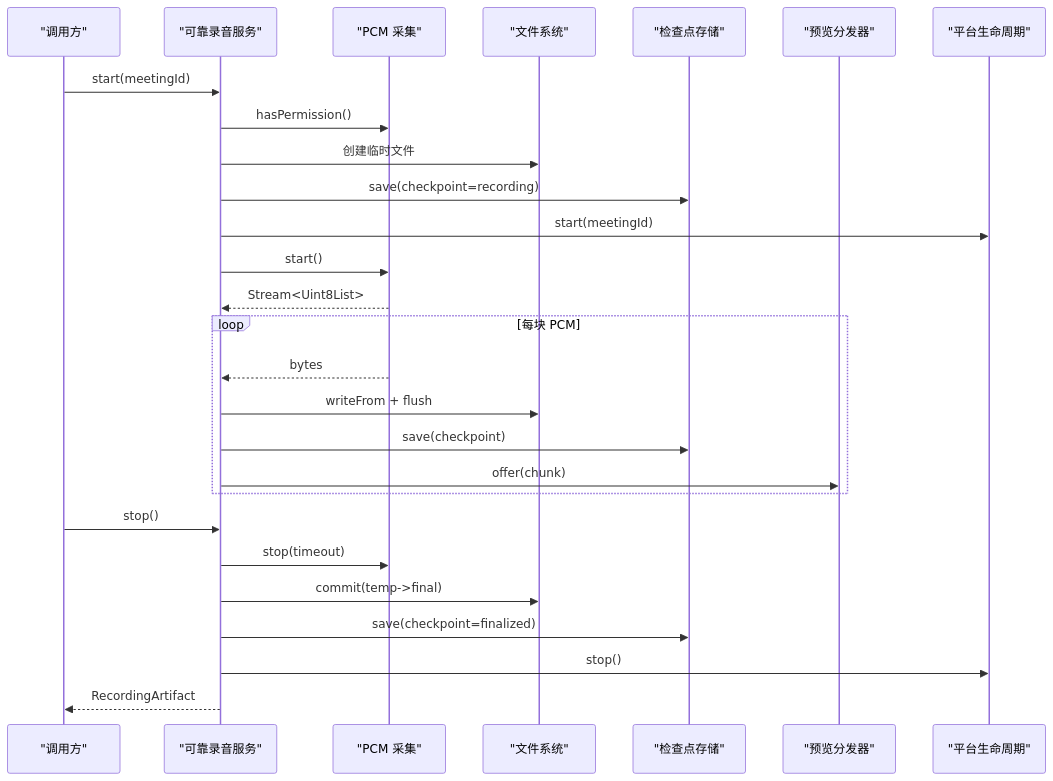
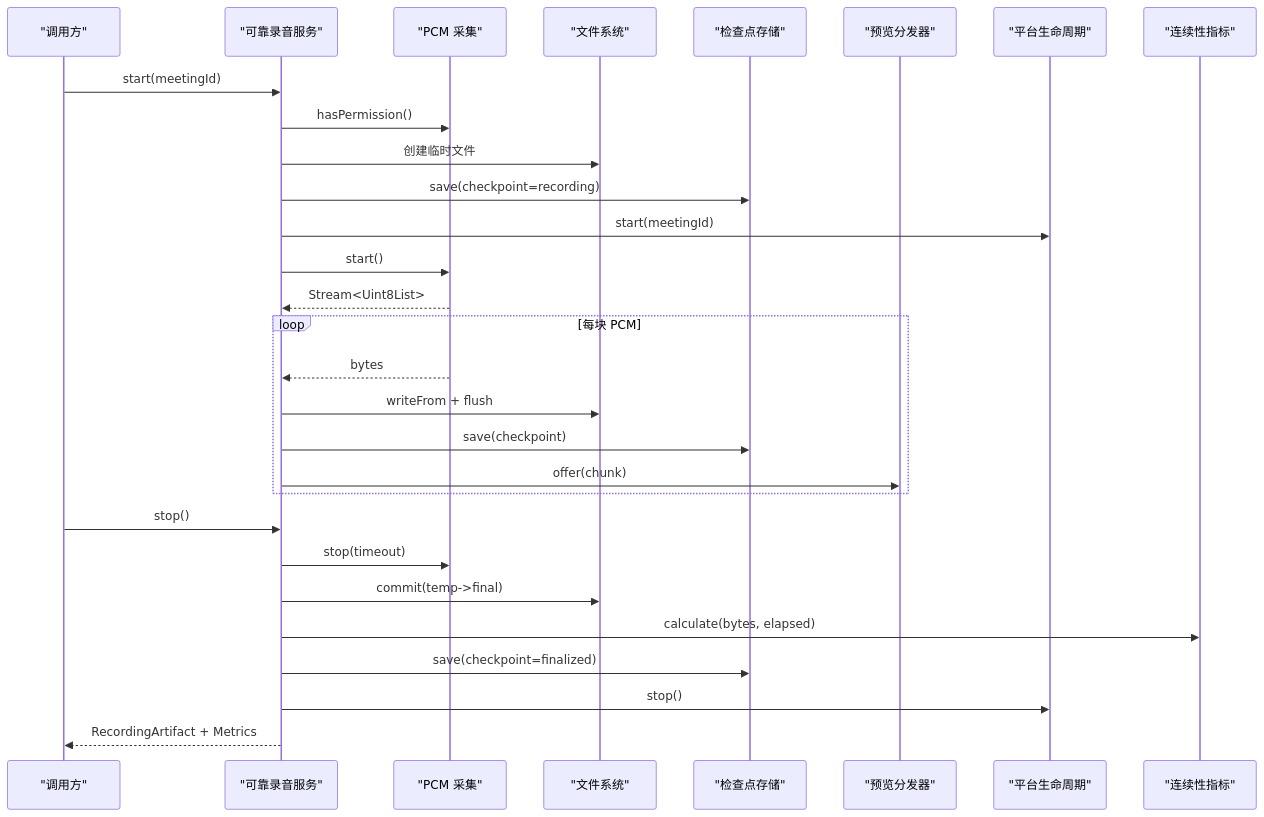
Before and after one commit to zhangheng2022/meet_trace: the second of 10 diagrams in .qoder/repowiki/zh/content/核心功能模块/音频录制系统.md, drawn with Mermaid. The commit also changed other lines of this file and 111 other files, not shown here.

````diff
--- a/.qoder/repowiki/zh/content/核心功能模块/音频录制系统.md
+++ b/.qoder/repowiki/zh/content/核心功能模块/音频录制系统.md
@@ -107,29 +120,31 @@
 ```mermaid
 sequenceDiagram
 participant UI as "调用方"
 participant Svc as "可靠录音服务"
 participant Cap as "PCM 采集"
 participant FS as "文件系统"
 participant CK as "检查点存储"
 participant Prev as "预览分发器"
 participant Life as "平台生命周期"
+participant Metrics as "连续性指标"
 UI->>Svc : start(meetingId)
 Svc->>Cap : hasPermission()
 Svc->>FS : 创建临时文件
 Svc->>CK : save(checkpoint=recording)
 Svc->>Life : start(meetingId)
 Svc->>Cap : start()
 Cap-->>Svc : Stream<Uint8List>
 loop 每块 PCM
 Cap-->>Svc : bytes
 Svc->>FS : writeFrom + flush
 Svc->>CK : save(checkpoint)
 Svc->>Prev : offer(chunk)
 end
 UI->>Svc : stop()
 Svc->>Cap : stop(timeout)
 Svc->>FS : commit(temp->final)
+Svc->>Metrics : calculate(bytes, elapsed)
 Svc->>CK : save(checkpoint=finalized)
 Svc->>Life : stop()
-Svc-->>UI : RecordingArtifact
+Svc-->>UI : RecordingArtifact + Metrics
 ```
````
